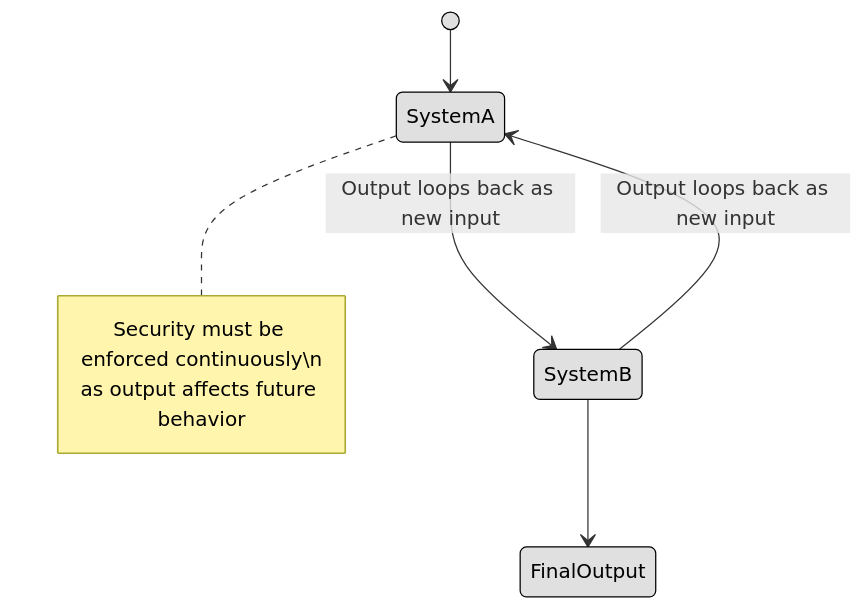
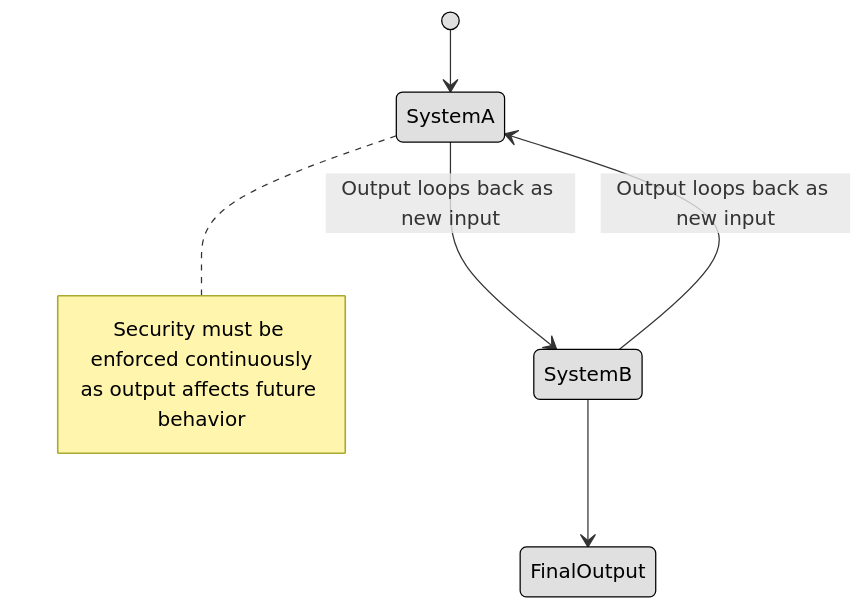
One commit to lorenzoleonelli/CISSP-Zero-to-Hero changed the third of 8 diagrams in DOMAIN3: Security Architecture and Engineering/3.02 Understand the fundamental concepts of security models (e.g. Biba, STar Model, Bell Lapadula).md. Above: the diagram before and after it, drawn with Mermaid. The commit also changed other lines of this file, not shown here.

Commit message:
Update 3.02 Understand the fundamental concepts of security models (e.g. Biba, STar Model, Bell Lapadula).md

````diff
--- a/DOMAIN3: Security Architecture and Engineering/3.02 Understand the fundamental concepts of security models (e.g. Biba, STar Model, Bell Lapadula).md
+++ b/DOMAIN3: Security Architecture and Engineering/3.02 Understand the fundamental concepts of security models (e.g. Biba, STar Model, Bell Lapadula).md
@@ -58,15 +58,15 @@
 ```mermaid
 stateDiagram-v2
     [*] --> SystemA
     SystemA --> SystemB : Output loops back as new input
     SystemB --> SystemA : Output loops back as new input
     SystemB --> FinalOutput
 
     note right of SystemA
-      Security must be enforced continuously\n
+      Security must be enforced continuously
       as output affects future behavior
     end note
 
     classDef center fill:#ffffff,color:#000000,stroke:#000000,stroke-width:1px,font-weight:bold
     classDef node fill:#e0e0e0,color:#000000,stroke:#000000,stroke-width:1px
 ```
````
